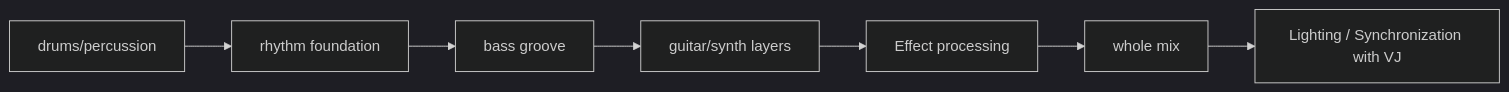
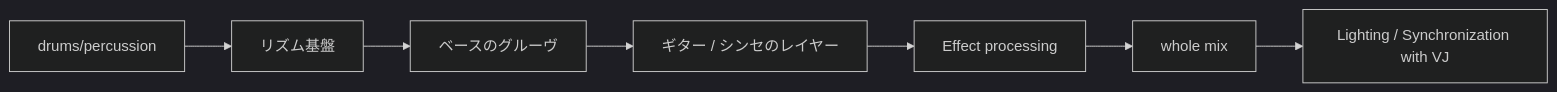
One commit to monumental-movement/monumental-movement.github.io changed the second of 2 diagrams in en/_posts/2025-11-23-column-sound-tribe-sector-9.md. Above: the diagram before and after it, drawn with Mermaid (dark theme). The commit also changed other lines of this file and 2196 other files, not shown here.

```diff
--- a/en/_posts/2025-11-23-column-sound-tribe-sector-9.md
+++ b/en/_posts/2025-11-23-column-sound-tribe-sector-9.md
@@ -258,9 +257,9 @@
 <div class="mermaid">
 flowchart LR
-  A[drums/percussion] --> B[rhythm foundation]
-  B --> C[bass groove]
-  C --> D[guitar/synth layers]
+  A[drums/percussion] --> B[リズム基盤]
+  B --> C[ベースのグルーヴ]
+  C --> D[ギター / シンセのレイヤー]
   D --> E[Effect processing]
   E --> F[whole mix]
   F --> G[Lighting / Synchronization with VJ]
 </div>
```
